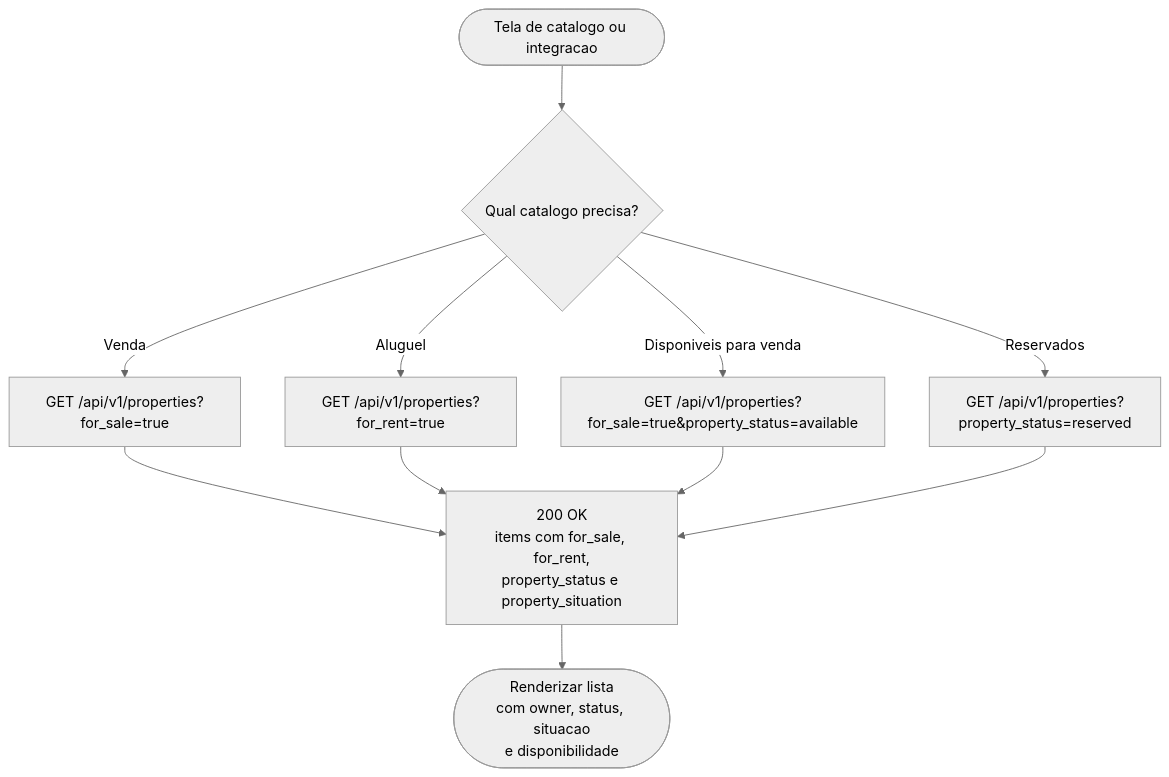
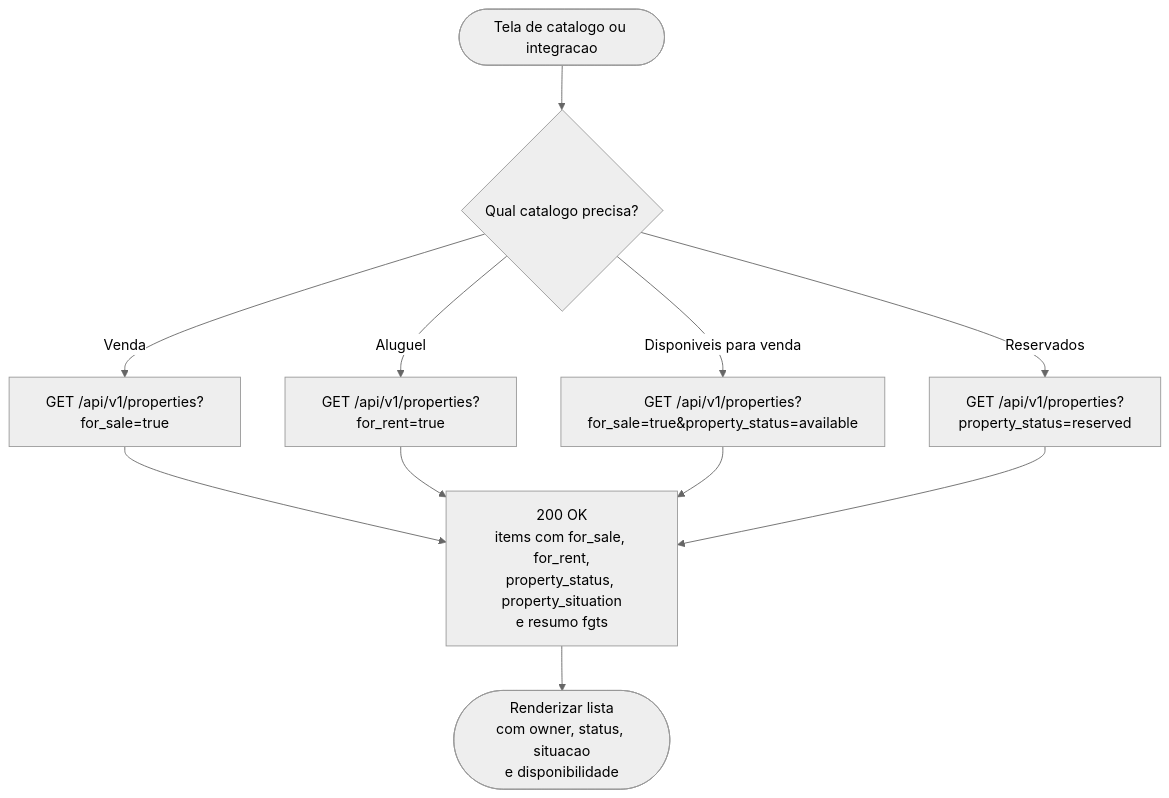
Before and after one commit to luanalves/realestate_backend: diagram 11 of 13 in specs/018-property-status-options/flowcharts.md, drawn with Mermaid (neutral theme). The commit also changed other lines of this file and 14 other files, not shown here.

Commit message:
Add property FGTS eligibility contract

````diff
--- a/specs/018-property-status-options/flowcharts.md
+++ b/specs/018-property-status-options/flowcharts.md
@@ -318,18 +355,18 @@
 ```mermaid
 flowchart TD
     Start([Tela de catalogo ou integracao]) --> L1
 
     L1{Qual catalogo precisa?}
 
     L1 -->|Venda| L2["GET /api/v1/properties?for_sale=true"]
     L1 -->|Aluguel| L3["GET /api/v1/properties?for_rent=true"]
     L1 -->|Disponiveis para venda| L4["GET /api/v1/properties?for_sale=true&property_status=available"]
     L1 -->|Reservados| L5["GET /api/v1/properties?property_status=reserved"]
 
-    L2 --> R1["200 OK\nitems com for_sale, for_rent,\nproperty_status e property_situation"]
+    L2 --> R1["200 OK\nitems com for_sale, for_rent,\nproperty_status, property_situation\ne resumo fgts"]
     L3 --> R1
     L4 --> R1
     L5 --> R1
 
     R1 --> Done([Renderizar lista\ncom owner, status, situacao\ne disponibilidade])
 ```
````
